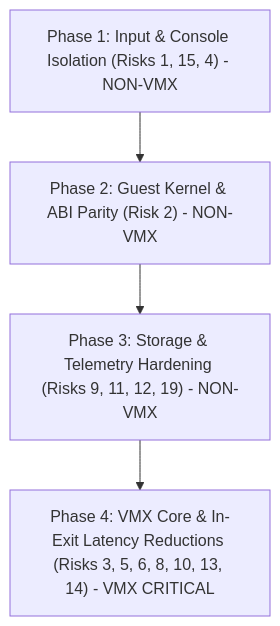
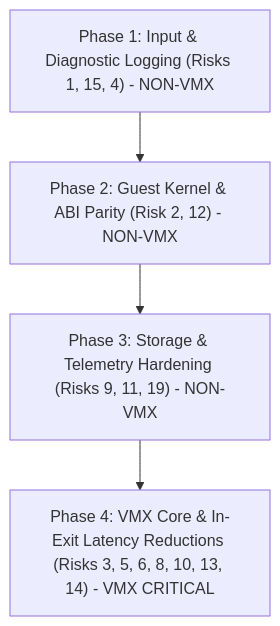
The diagram in docs/audit/08_risks.md (Saumya25-hub/Atoms-OS), drawn with Mermaid before and after one commit. The commit also changed other lines of this file and 8 other files, not shown here.

````diff
--- a/docs/audit/08_risks.md
+++ b/docs/audit/08_risks.md
@@ -40,6 +40,6 @@
 ```mermaid
 flowchart TD
-    Phase1["Phase 1: Input & Console Isolation (Risks 1, 15, 4) - NON-VMX"] --> Phase2["Phase 2: Guest Kernel & ABI Parity (Risk 2) - NON-VMX"]
-    Phase2 --> Phase3["Phase 3: Storage & Telemetry Hardening (Risks 9, 11, 12, 19) - NON-VMX"]
+    Phase1["Phase 1: Input & Diagnostic Logging (Risks 1, 15, 4) - NON-VMX"] --> Phase2["Phase 2: Guest Kernel & ABI Parity (Risk 2, 12) - NON-VMX"]
+    Phase2 --> Phase3["Phase 3: Storage & Telemetry Hardening (Risks 9, 11, 19) - NON-VMX"]
     Phase3 --> Phase4["Phase 4: VMX Core & In-Exit Latency Reductions (Risks 3, 5, 6, 8, 10, 13, 14) - VMX CRITICAL"]
 ```
````
